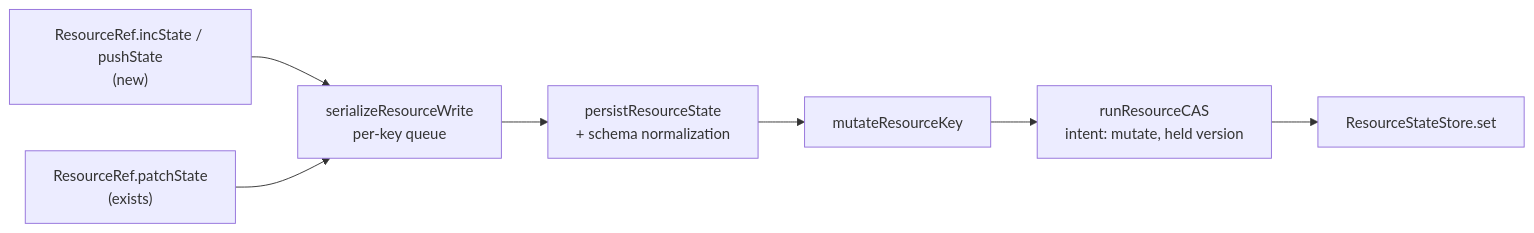
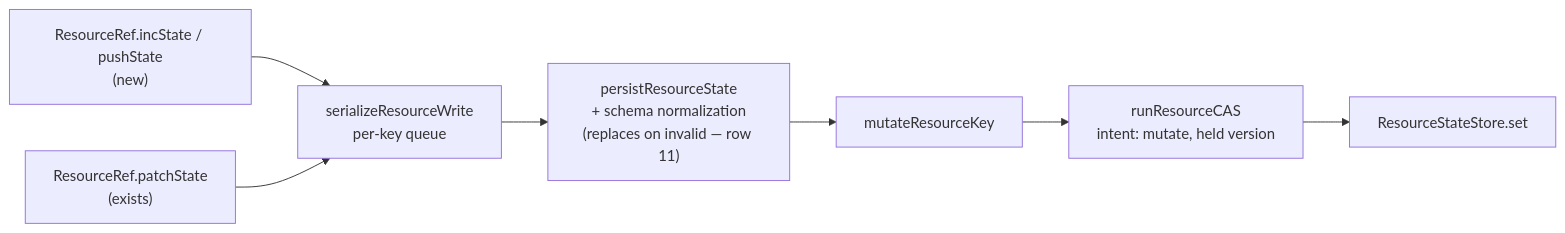
The diagram in spec/FIX-1154.md (fixpoint-labs/flow-state-dev), drawn with Mermaid before and after one commit. The commit also changed other lines of this file, not shown here.

First line of the commit message:
spec(FIX-1154): the new verbs throw on a schema-invalid result; row 11 is a destructive fallback, not validation

````diff
--- a/spec/FIX-1154.md
+++ b/spec/FIX-1154.md
@@ -235,9 +235,9 @@
 ```mermaid
 flowchart LR
   A["ResourceRef.incState / pushState<br/>(new)"] --> B[serializeResourceWrite<br/>per-key queue]
   A2["ResourceRef.patchState<br/>(exists)"] --> B
-  B --> C[persistResourceState<br/>+ schema normalization]
+  B --> C["persistResourceState<br/>+ schema normalization<br/>(replaces on invalid — row 11)"]
   C --> D[mutateResourceKey]
   D --> E["runResourceCAS<br/>intent: mutate, held version"]
   E --> F[ResourceStateStore.set]
 ```
````
